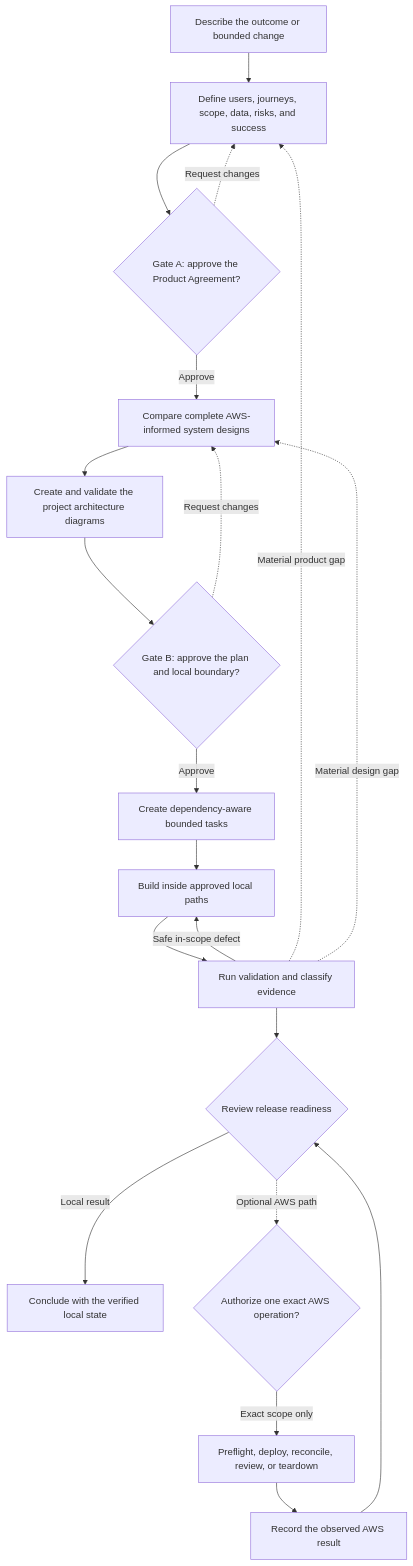
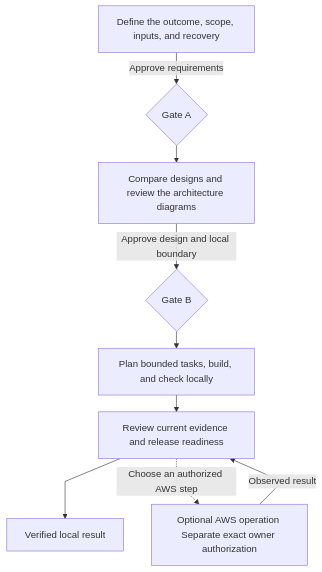
The first of 2 diagrams in docs/WORKFLOW.md (Levi-Breedlove/codex-aws-aidlc), drawn with Mermaid before and after one commit. The commit also changed other lines of this file and 87 other files, not shown here.

First line of the commit message:
feat: qualify Fastlane 1.4 local alpha (#124)

````diff
--- a/docs/WORKFLOW.md
+++ b/docs/WORKFLOW.md
@@ -67,35 +67,22 @@
 ```mermaid
+%%{init: {"flowchart": {"curve": "linear", "nodeSpacing": 24, "rankSpacing": 28}, "themeVariables": {"fontSize": "16px"}}}%%
 flowchart TB
     accTitle: Fastlane customer delivery lifecycle
-    accDescr: The owner approves product and technical boundaries. Fastlane plans, builds, and verifies locally; corrections return to the affected stage, and separately authorized AWS results return to release review.
+    accDescr: Define the product and approve requirements at Gate A. Compare designs and review diagrams before approving design and bounded local construction at Gate B. Build and verify locally, then review the evidence. Optional AWS work needs a separate exact owner authorization and returns its observed results to release review.
 
-    IDEA["Describe the outcome or bounded change"]
-    DEFINE["Define users, journeys, scope, data, risks, and success"]
-    GATEA{"Gate A: approve the Product Agreement?"}
-    DESIGN["Compare complete AWS-informed system designs"]
-    DIAGRAMS["Create and validate the project architecture diagrams"]
-    GATEB{"Gate B: approve the plan and local boundary?"}
-    TASKS["Create dependency-aware bounded tasks"]
-    BUILD["Build inside approved local paths"]
-    VERIFY["Run validation and classify evidence"]
-    RELEASE{"Review release readiness"}
-    LOCAL["Conclude with the verified local state"]
-    AWSAUTH{"Authorize one exact AWS operation?"}
-    AWSOPS["Preflight, deploy, reconcile, review, or teardown"]
-    AWSRESULT["Record the observed AWS result"]
+    DEFINE["Define the outcome, scope, inputs, and recovery"]
+    GA{"Gate A"}
+    DESIGN["Compare designs and review the architecture diagrams"]
+    GB{"Gate B"}
+    BUILD["Plan bounded tasks, build, and check locally"]
+    REVIEW["Review current evidence and release readiness"]
+    LOCAL["Verified local result"]
+    AWS["Optional AWS operation Separate exact owner authorization"]
 
-    IDEA --> DEFINE --> GATEA
-    GATEA -->|"Approve"| DESIGN --> DIAGRAMS --> GATEB
-    GATEA -. "Request changes" .-> DEFINE
-    GATEB -->|"Approve"| TASKS
-    GATEB -. "Request changes" .-> DESIGN
-
-    TASKS --> BUILD --> VERIFY --> RELEASE
-    VERIFY -->|"Safe in-scope defect"| BUILD
-    VERIFY -. "Material product gap" .-> DEFINE
-    VERIFY -. "Material design gap" .-> DESIGN
-
-    RELEASE -->|"Local result"| LOCAL
-    RELEASE -. "Optional AWS path" .-> AWSAUTH
-    AWSAUTH -->|"Exact scope only"| AWSOPS --> AWSRESULT --> RELEASE
+    DEFINE -->|"Approve requirements"| GA
+    GA --> DESIGN
+    DESIGN -->|"Approve design and local boundary"| GB
+    GB --> BUILD --> REVIEW --> LOCAL
+    REVIEW -. "Choose an authorized AWS step" .-> AWS
+    AWS -->|"Observed result"| REVIEW
 ```
````
